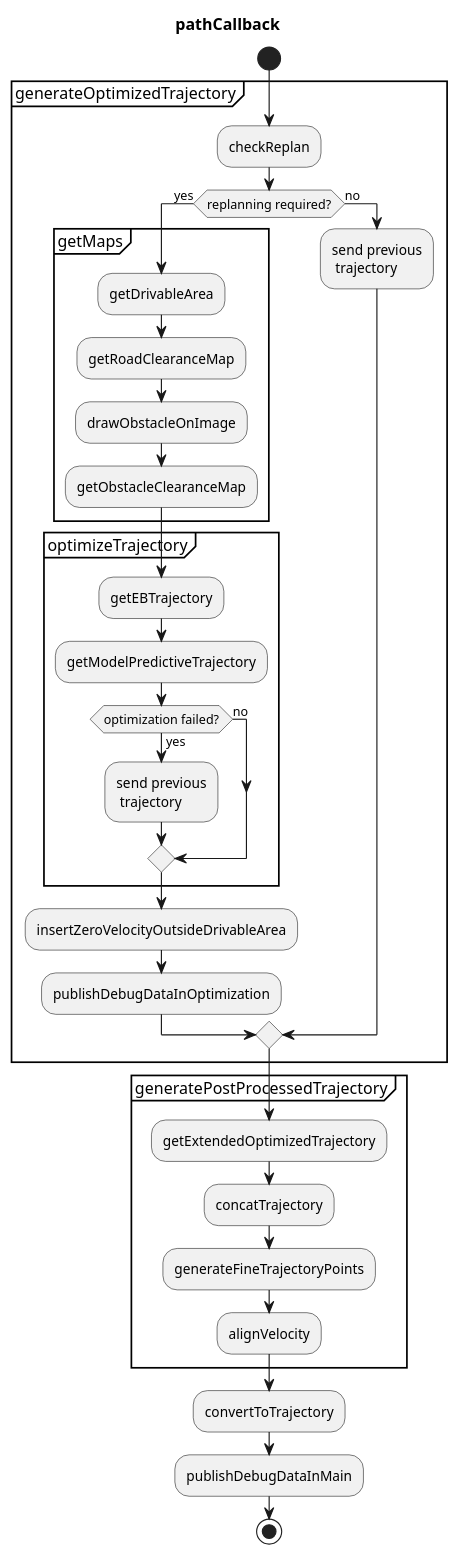
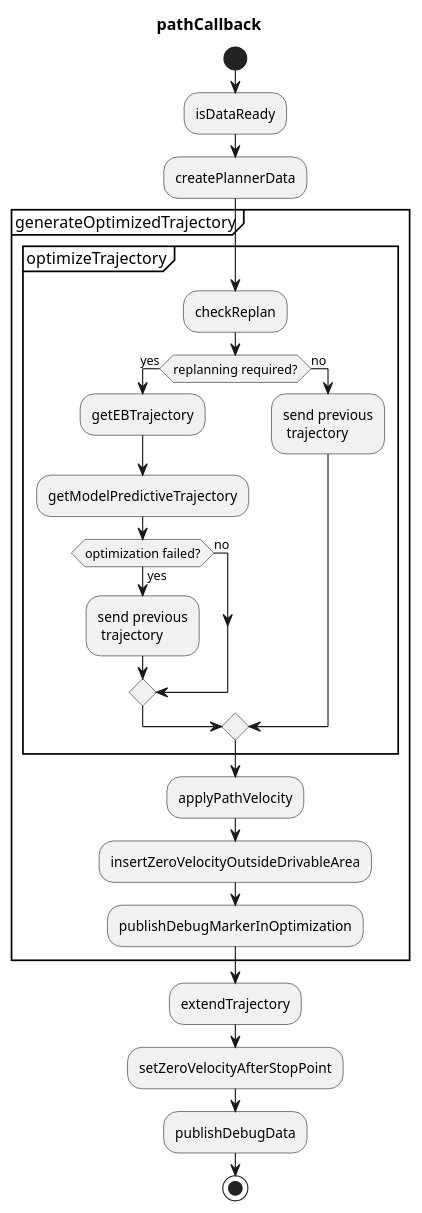
The diagram in planning/obstacle_avoidance_planner/README.md (autowarefoundation/autoware.universe), drawn with PlantUML before and after one commit. The commit also changed other lines of this file and 86 other files, not shown here.

Commit message:
move to obstacle_avoidance_planner

````diff
--- a/planning/obstacle_avoidance_planner/README.md
+++ b/planning/obstacle_avoidance_planner/README.md
@@ -35,48 +36,39 @@
 ```plantuml
 @startuml
 title pathCallback
 start
 
+:isDataReady;
+
+:createPlannerData;
+
 group generateOptimizedTrajectory
-  :checkReplan;
-  if (replanning required?) then (yes)
-    group getMaps
-      :getDrivableArea;
-      :getRoadClearanceMap;
-      :drawObstacleOnImage;
-      :getObstacleClearanceMap;
-    end group
-
-    group optimizeTrajectory
+  group optimizeTrajectory
+    :checkReplan;
+    if (replanning required?) then (yes)
       :getEBTrajectory;
       :getModelPredictiveTrajectory;
-
       if (optimization failed?) then (no)
       else (yes)
         :send previous\n trajectory;
       endif
-    end group
+    else (no)
+      :send previous\n trajectory;
+    endif
+  end group
 
-    :insertZeroVelocityOutsideDrivableArea;
-
-    :publishDebugDataInOptimization;
-  else (no)
-    :send previous\n trajectory;
-  endif
+  :applyPathVelocity;
+  :insertZeroVelocityOutsideDrivableArea;
+  :publishDebugMarkerInOptimization;
 end group
 
 
-group generatePostProcessedTrajectory
-  :getExtendedOptimizedTrajectory;
-  :concatTrajectory;
-  :generateFineTrajectoryPoints;
-  :alignVelocity;
-end group
+:extendTrajectory;
 
-:convertToTrajectory;
+:setZeroVelocityAfterStopPoint;
 
-:publishDebugDataInMain;
+:publishDebugData;
 
 stop
 @enduml
 ```
````
